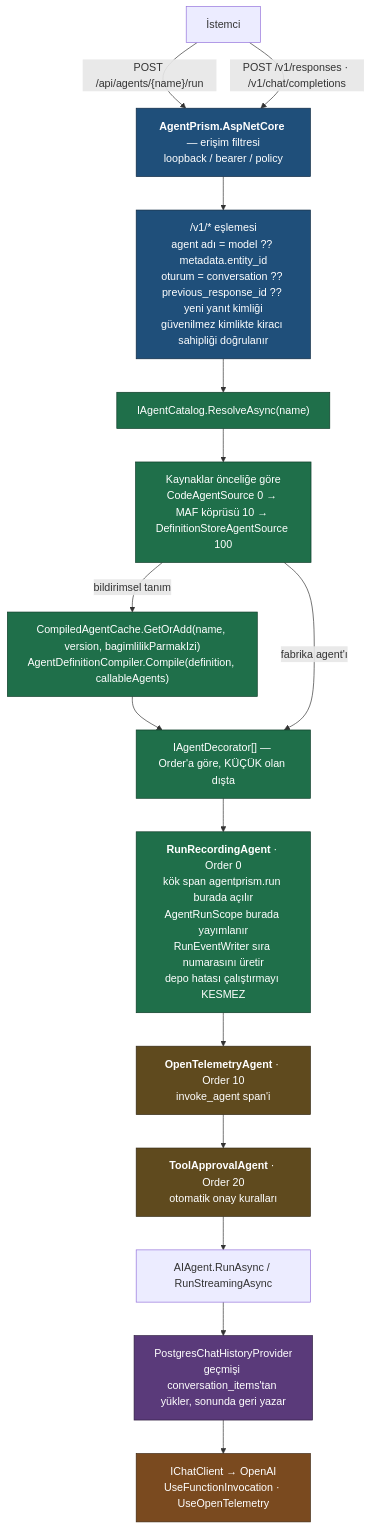
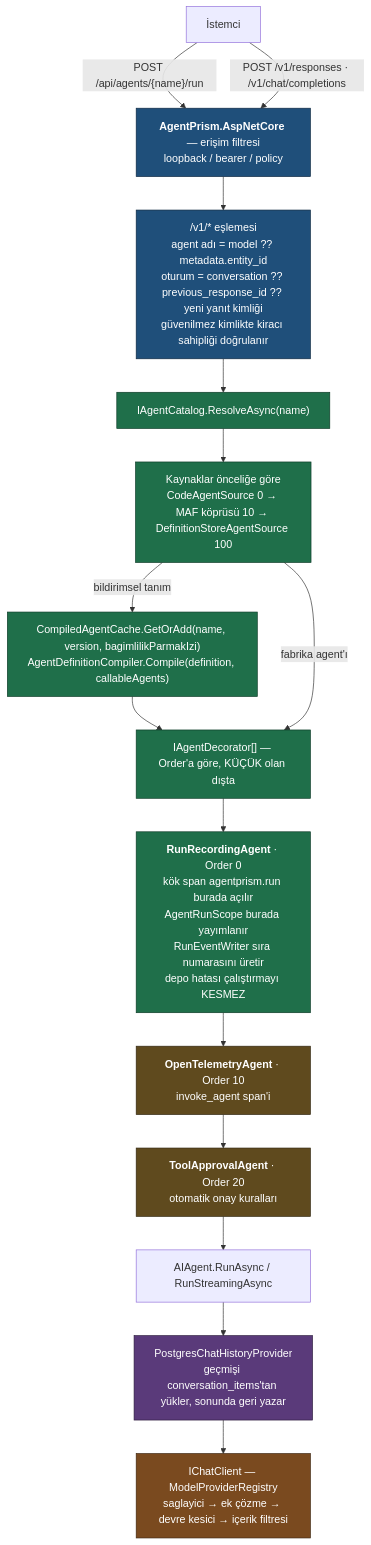
One commit to farukatasoy/Tracon changed the fourth of 11 diagrams in docs/MIMARI.md. Above: the diagram before and after it, drawn with Mermaid. The commit also changed other lines of this file and 73 other files, not shown here.

````diff
--- a/docs/MIMARI.md
+++ b/docs/MIMARI.md
@@ -275,35 +286,35 @@
 ```mermaid
 flowchart TD
     C["İstemci"]
     H["<b>AgentPrism.AspNetCore</b> — erişim filtresi<br/>loopback / bearer / policy"]
     V1["/v1/* eşlemesi<br/>agent adı = model ?? metadata.entity_id<br/>oturum = conversation ?? previous_response_id ?? yeni yanıt kimliği<br/>güvenilmez kimlikte kiracı sahipliği doğrulanır"]
     R["IAgentCatalog.ResolveAsync(name)"]
     SRC["Kaynaklar önceliğe göre<br/>CodeAgentSource 0 → MAF köprüsü 10 → DefinitionStoreAgentSource 100"]
     COMP["CompiledAgentCache.GetOrAdd(name, version, bagimlilikParmakIzi)<br/>AgentDefinitionCompiler.Compile(definition, callableAgents)"]
     DEC["IAgentDecorator[] — Order'a göre, KÜÇÜK olan dışta"]
     REC["<b>RunRecordingAgent</b> · Order 0<br/>kök span agentprism.run burada açılır<br/>AgentRunScope burada yayımlanır<br/>RunEventWriter sıra numarasını üretir<br/>depo hatası çalıştırmayı KESMEZ"]
     OTEL["<b>OpenTelemetryAgent</b> · Order 10<br/>invoke_agent span'i"]
     APR["<b>ToolApprovalAgent</b> · Order 20<br/>otomatik onay kuralları"]
     RUN["AIAgent.RunAsync / RunStreamingAsync"]
     CHP["PostgresChatHistoryProvider<br/>geçmişi conversation_items'tan yükler, sonunda geri yazar"]
-    LLM["IChatClient → OpenAI<br/>UseFunctionInvocation · UseOpenTelemetry"]
+    LLM["IChatClient — ModelProviderRegistry<br/>saglayici → ek çözme → devre kesici → içerik filtresi"]
 
     C -->|"POST /api/agents/{name}/run"| H
     C -->|"POST /v1/responses · /v1/chat/completions"| H
     H --> V1 --> R --> SRC
     SRC -->|"bildirimsel tanım"| COMP --> DEC
     SRC -->|"fabrika agent'ı"| DEC
     DEC --> REC --> OTEL --> APR --> RUN
     RUN --> CHP --> LLM
 
     classDef faz4 fill:#1f4f7a,stroke:#0d2740,color:#ffffff
     classDef faz1 fill:#1f6f4a,stroke:#0d3b27,color:#ffffff
     classDef faz2 fill:#5a3a7a,stroke:#2c1c3d,color:#ffffff
     classDef faz3 fill:#7a4a1f,stroke:#3d250f,color:#ffffff
     class H,V1 faz4
     classDef faz6 fill:#5f4a1e,stroke:#302510,color:#ffffff
     class R,SRC,COMP,DEC,REC faz1
     class CHP faz2
     class LLM faz3
     class OTEL,APR faz6
 ```
````
